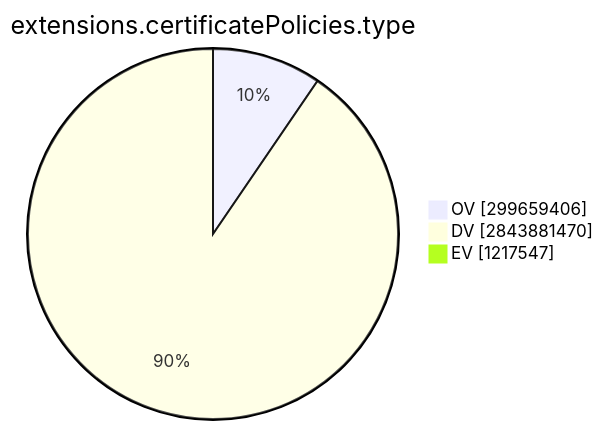
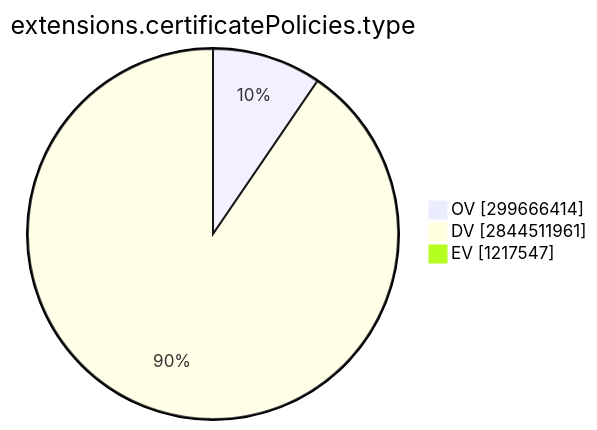
Before and after one commit to christiankrug/ctmonitor_visualization: the ninth of 15 diagrams in TOTAL/README.md, drawn with Mermaid. The commit also changed other lines of this file, not shown here.

````diff
--- a/TOTAL/README.md
+++ b/TOTAL/README.md
@@ -3101,7 +3101,7 @@
 ```mermaid
 pie showData
 title extensions.certificatePolicies.type
-"OV" :299659406
-"DV" :2843881470
+"OV" :299666414
+"DV" :2844511961
 "EV" :1217547
 ```
````
